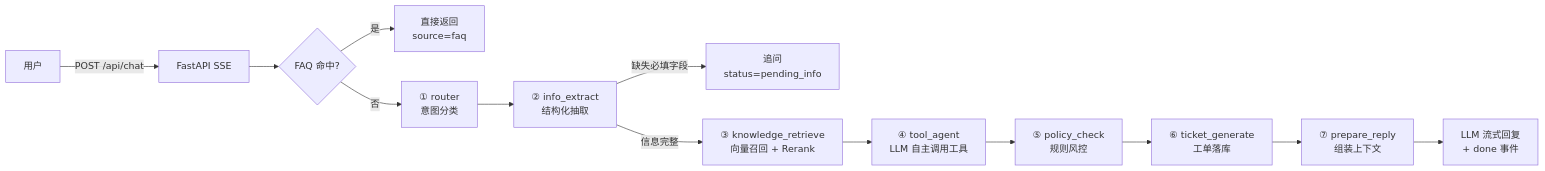
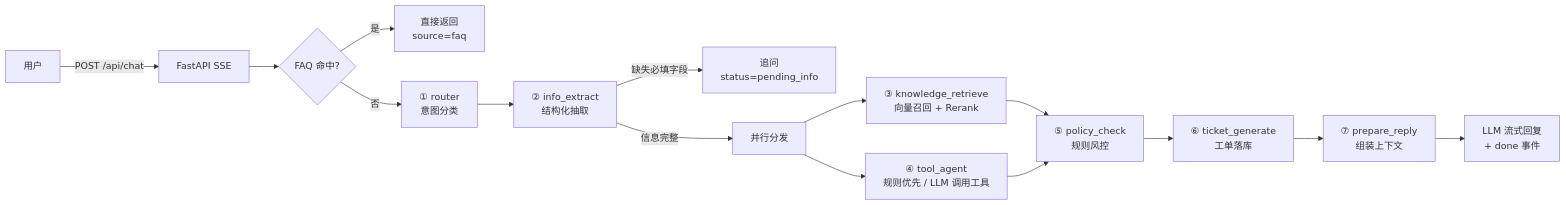
Before and after one commit to xuanruiqing/logistics-after-sales-agent: the diagram in README.md, drawn with Mermaid. The commit also changed other lines of this file and 38 other files, not shown here.

````diff
--- a/README.md
+++ b/README.md
@@ -17,15 +19,17 @@
 ```mermaid
 graph LR
     U[用户] -->|POST /api/chat| API[FastAPI SSE]
     API --> FAQ{FAQ 命中?}
     FAQ -->|是| F[直接返回<br/>source=faq]
     FAQ -->|否| R[① router<br/>意图分类]
     R --> E[② info_extract<br/>结构化抽取]
     E -->|缺失必填字段| ASK[追问<br/>status=pending_info]
-    E -->|信息完整| K[③ knowledge_retrieve<br/>向量召回 + Rerank]
-    K --> T[④ tool_agent<br/>LLM 自主调用工具]
-    T --> P[⑤ policy_check<br/>规则风控]
+    E -->|信息完整| FAN[并行分发]
+    FAN --> K[③ knowledge_retrieve<br/>向量召回 + Rerank]
+    FAN --> T[④ tool_agent<br/>规则优先 / LLM 调用工具]
+    K --> P[⑤ policy_check<br/>规则风控]
+    T --> P
     P --> TK[⑥ ticket_generate<br/>工单落库]
     TK --> PR[⑦ prepare_reply<br/>组装上下文]
     PR --> S[LLM 流式回复<br/>+ done 事件]
 ```
````
